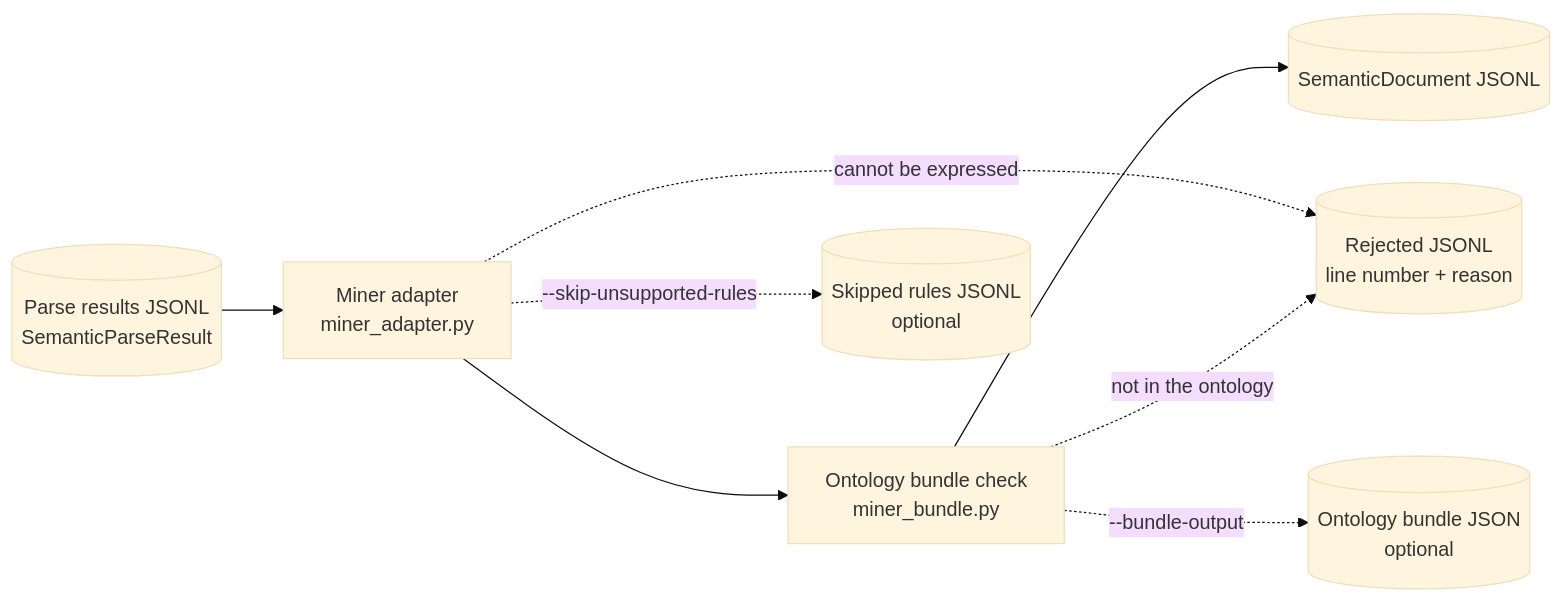
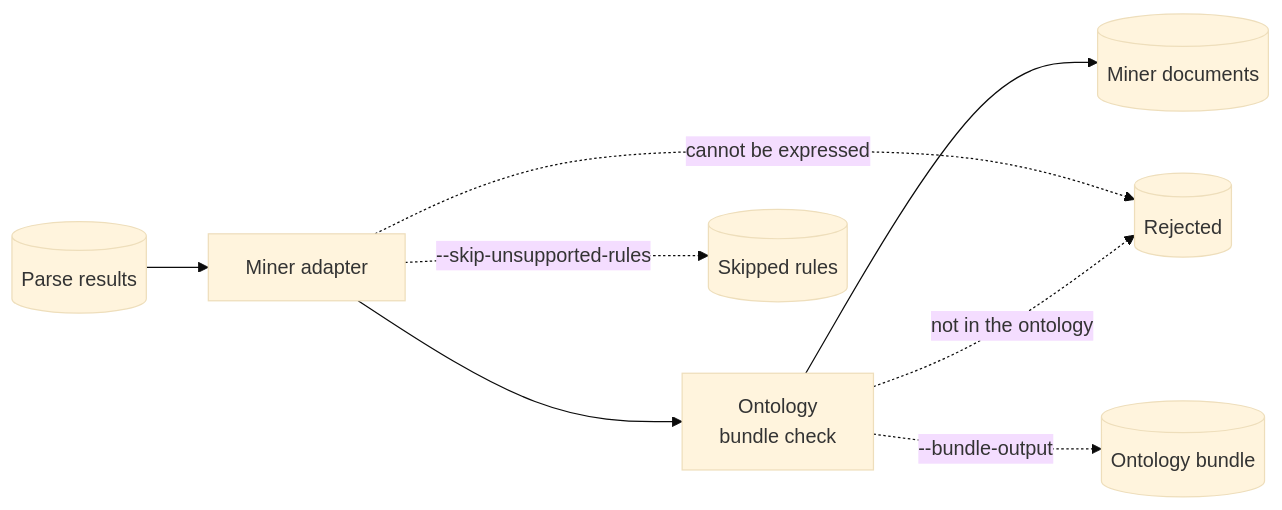
Before and after one commit to iCog-Labs-Dev/Neuro-Symbolic-LLM: the diagram in symbolic_pipeline/README.md, drawn with Mermaid (base theme). The commit also changed other lines of this file and 1 other file, not shown here.

````diff
--- a/symbolic_pipeline/README.md
+++ b/symbolic_pipeline/README.md
@@ -9,16 +8,8 @@
 ```mermaid
 flowchart LR
-    results[("Parse results JSONL<br/>SemanticParseResult")]
-    adapter["Miner adapter<br/>miner_adapter.py"]
-    check["Ontology bundle check<br/>miner_bundle.py"]
-    documents[("SemanticDocument JSONL")]
-    rejected[("Rejected JSONL<br/>line number + reason")]
-    skipped[("Skipped rules JSONL<br/>optional")]
-    bundle[("Ontology bundle JSON<br/>optional")]
-
-    results --> adapter --> check --> documents
-    adapter -. "cannot be expressed" .-> rejected
+    results[("Parse results")] --> adapter["Miner adapter"] --> check["Ontology<br/>bundle check"] --> documents[("Miner documents")]
+    adapter -. "cannot be expressed" .-> rejected[("Rejected")]
     check -. "not in the ontology" .-> rejected
-    adapter -. "--skip-unsupported-rules" .-> skipped
-    check -. "--bundle-output" .-> bundle
+    adapter -. "--skip-unsupported-rules" .-> skipped[("Skipped rules")]
+    check -. "--bundle-output" .-> bundle[("Ontology bundle")]
 ```
````
